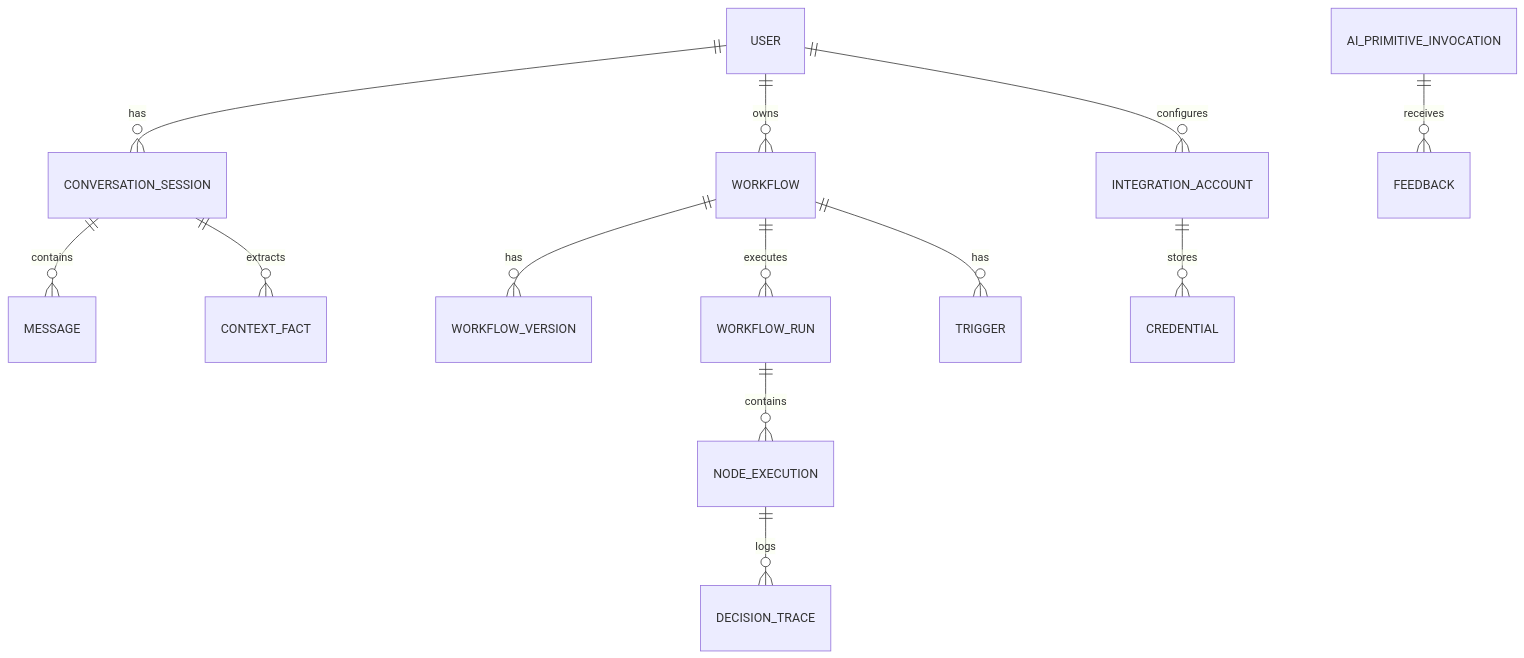
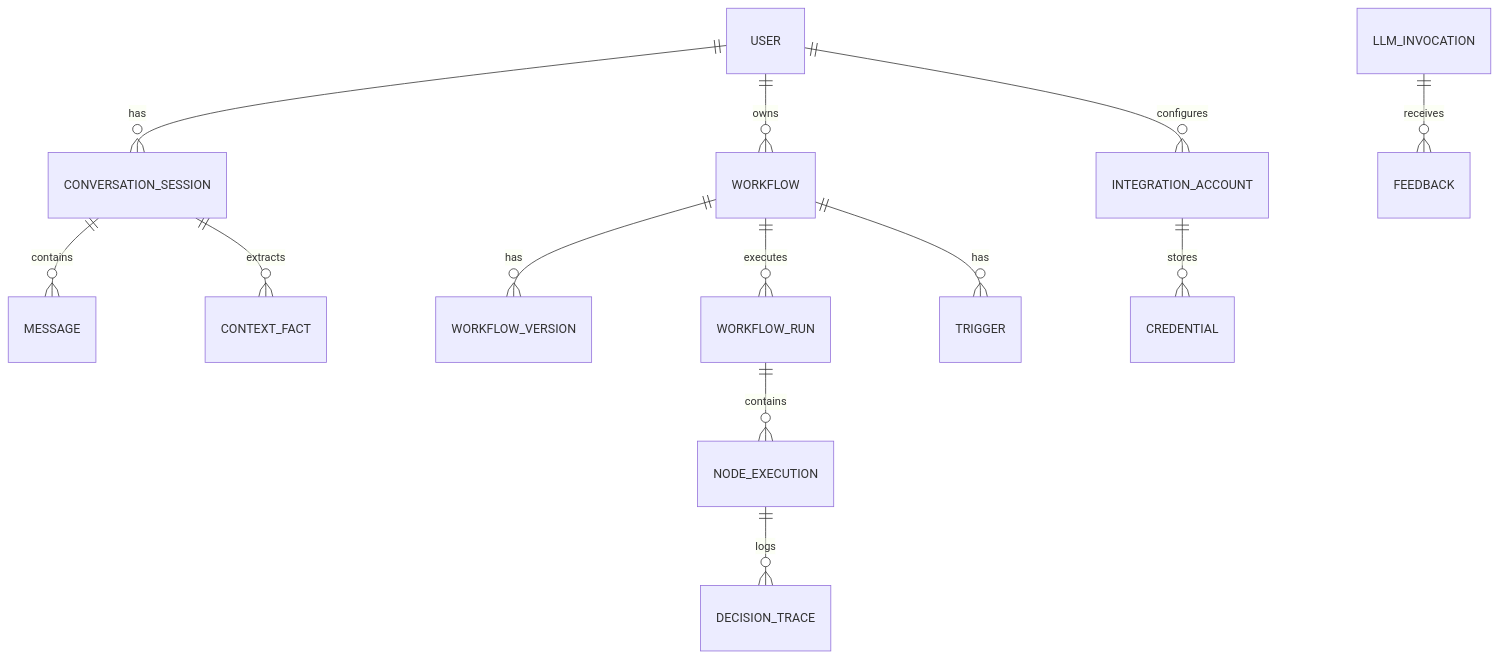
The seventh of 7 diagrams in docs/architecture/ARCHITECTURE.md (Technosorcery/silver-telegram), drawn with Mermaid before and after one commit. The commit also changed other lines of this file, not shown here.

````diff
--- a/docs/architecture/ARCHITECTURE.md
+++ b/docs/architecture/ARCHITECTURE.md
@@ -325,20 +347,20 @@
 ```mermaid
 erDiagram
     USER ||--o{ CONVERSATION_SESSION : has
     USER ||--o{ WORKFLOW : owns
     USER ||--o{ INTEGRATION_ACCOUNT : configures
 
     CONVERSATION_SESSION ||--o{ MESSAGE : contains
     CONVERSATION_SESSION ||--o{ CONTEXT_FACT : extracts
 
     WORKFLOW ||--o{ WORKFLOW_VERSION : has
     WORKFLOW ||--o{ WORKFLOW_RUN : executes
     WORKFLOW ||--o{ TRIGGER : has
 
     WORKFLOW_RUN ||--o{ NODE_EXECUTION : contains
     NODE_EXECUTION ||--o{ DECISION_TRACE : logs
 
     INTEGRATION_ACCOUNT ||--o{ CREDENTIAL : stores
 
-    AI_PRIMITIVE_INVOCATION ||--o{ FEEDBACK : receives
+    LLM_INVOCATION ||--o{ FEEDBACK : receives
 ```
````
